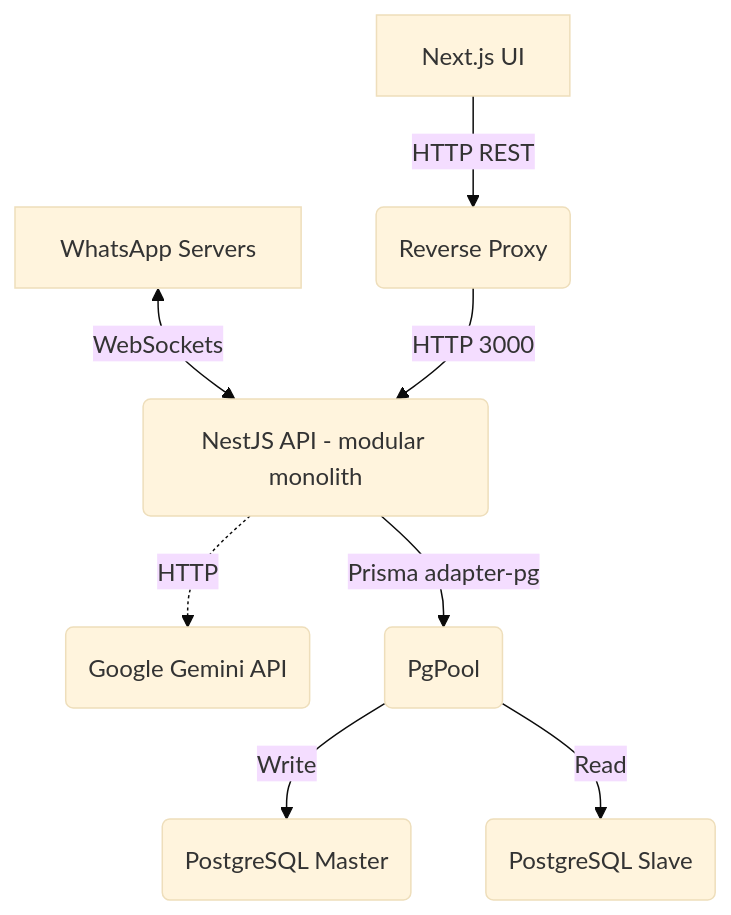
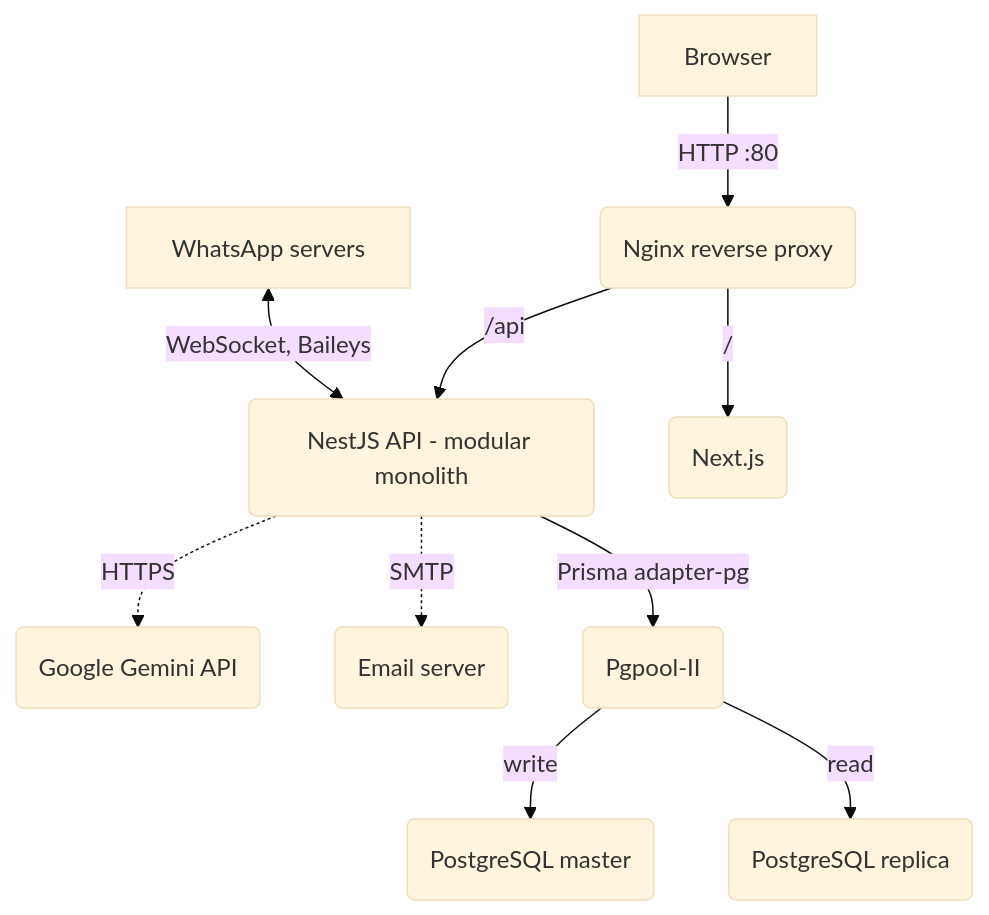
The diagram in README.md (Kne34/WhatsMonTrack), drawn with Mermaid (base theme) before and after one commit. The commit also changed other lines of this file, not shown here.

````diff
--- a/README.md
+++ b/README.md
@@ -39,10 +68,12 @@
 ```mermaid
 graph TD
-    WA[WhatsApp Servers] <-->|WebSockets| API(NestJS API - modular monolith)
-    Frontend[Next.js UI] -->|HTTP REST| Nginx(Reverse Proxy)
-    Nginx -->|HTTP 3000| API
-    API -.->|HTTP| Gemini(Google Gemini API)
-    API -->|Prisma adapter-pg| PgPool(PgPool)
-    PgPool -->|Write| Master(PostgreSQL Master)
-    PgPool -->|Read| Slave(PostgreSQL Slave)
+    WA[WhatsApp servers] <-->|WebSocket, Baileys| API(NestJS API - modular monolith)
+    Browser[Browser] -->|HTTP :80| Nginx(Nginx reverse proxy)
+    Nginx -->|/| Frontend(Next.js)
+    Nginx -->|/api| API
+    API -.->|HTTPS| Gemini(Google Gemini API)
+    API -.->|SMTP| Mail(Email server)
+    API -->|Prisma adapter-pg| PgPool(Pgpool-II)
+    PgPool -->|write| Master(PostgreSQL master)
+    PgPool -->|read| Slave(PostgreSQL replica)
 ```
````
